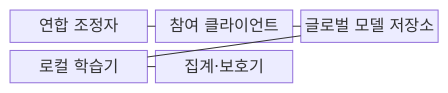
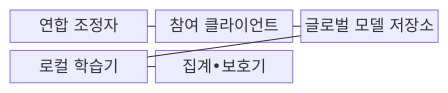
One commit to agnusdei1207/knowledge-base changed the first of 2 diagrams in src/content/docs/notes/08-latest-tech/111_federated_learning.md. Above: the diagram before and after it, drawn with Mermaid. The commit also changed other lines of this file and 953 other files, not shown here.

````diff
--- a/src/content/docs/notes/08-latest-tech/111_federated_learning.md
+++ b/src/content/docs/notes/08-latest-tech/111_federated_learning.md
@@ -69,13 +69,13 @@
 ```mermaid
 block-beta
     columns 3
     C["연합 조정자"]
     P["참여 클라이언트"]
     G["글로벌 모델 저장소"]
     L["로컬 학습기"]
-    A["집계·보호기"]
+    A["집계•보호기"]
     C --- P
     P --- G
     G --- L
     L --- A
 ```
````
